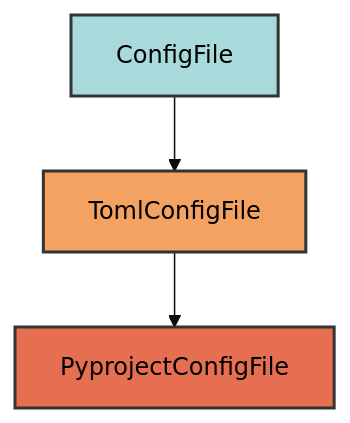
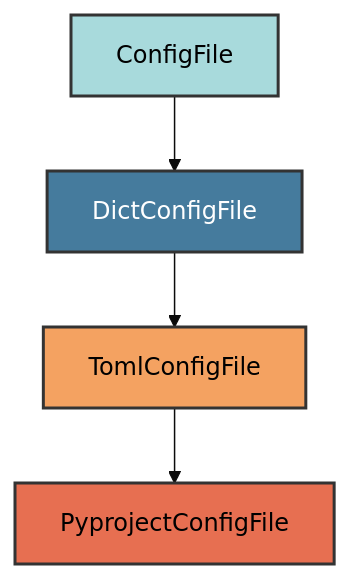
The first of 2 diagrams in docs/configs/pyproject.md (Winipedia/pyrig), drawn with Mermaid (base theme) before and after one commit. The commit also changed other lines of this file and 21 other files, not shown here.

````diff
--- a/docs/configs/pyproject.md
+++ b/docs/configs/pyproject.md
@@ -19,9 +19,11 @@
 ```mermaid
 graph TD
-    A[ConfigFile] --> B[TomlConfigFile]
-    B --> C[PyprojectConfigFile]
+    A[ConfigFile] --> B[DictConfigFile]
+    B --> C[TomlConfigFile]
+    C --> D[PyprojectConfigFile]
 
     style A fill:#a8dadc,stroke:#333,stroke-width:2px,color:#000
-    style B fill:#f4a261,stroke:#333,stroke-width:2px,color:#000
-    style C fill:#e76f51,stroke:#333,stroke-width:2px,color:#000
+    style B fill:#457b9d,stroke:#333,stroke-width:2px,color:#fff
+    style C fill:#f4a261,stroke:#333,stroke-width:2px,color:#000
+    style D fill:#e76f51,stroke:#333,stroke-width:2px,color:#000
 ```
````
